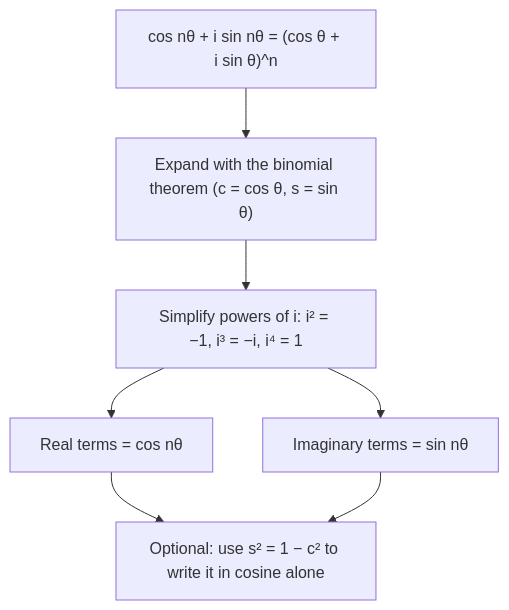
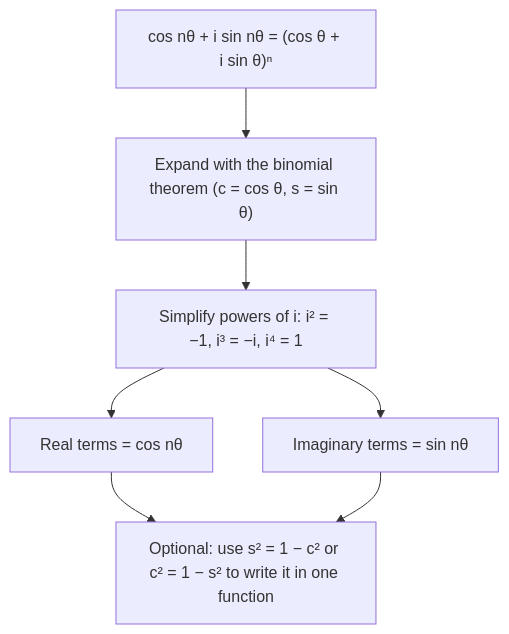
The diagram in content/math/trigonometry/lessons/39h3-roots-of-unity.md (Aziliz/erudior), drawn with Mermaid before and after one commit. The commit also changed 110 other files, not shown here.

````diff
--- a/content/math/trigonometry/lessons/39h3-roots-of-unity.md
+++ b/content/math/trigonometry/lessons/39h3-roots-of-unity.md
@@ -19,11 +19,11 @@
 ```mermaid
 flowchart TD
   accTitle: Deriving multiple-angle identities from De Moivre's theorem
   accDescr: Write cos n theta plus i sin n theta as cos theta plus i sin theta to the nth power. Expand the power with the binomial theorem, writing c for cos theta and s for sin theta. Replace powers of i using i squared equals negative 1. Collect the real terms, which equal cos n theta, and the imaginary terms, which equal sin n theta. If you want the formula in one function only, replace s squared with 1 minus c squared or c squared with 1 minus s squared.
-  A["cos nθ + i sin nθ = (cos θ + i sin θ)^n"] --> B["Expand with the binomial theorem (c = cos θ, s = sin θ)"]
+  A["cos nθ + i sin nθ = (cos θ + i sin θ)ⁿ"] --> B["Expand with the binomial theorem (c = cos θ, s = sin θ)"]
   B --> C["Simplify powers of i: i² = −1, i³ = −i, i⁴ = 1"]
   C --> D["Real terms = cos nθ"]
   C --> E["Imaginary terms = sin nθ"]
-  D --> F["Optional: use s² = 1 − c² to write it in cosine alone"]
+  D --> F["Optional: use s² = 1 − c² or c² = 1 − s² to write it in one function"]
   E --> F
 ```
````
